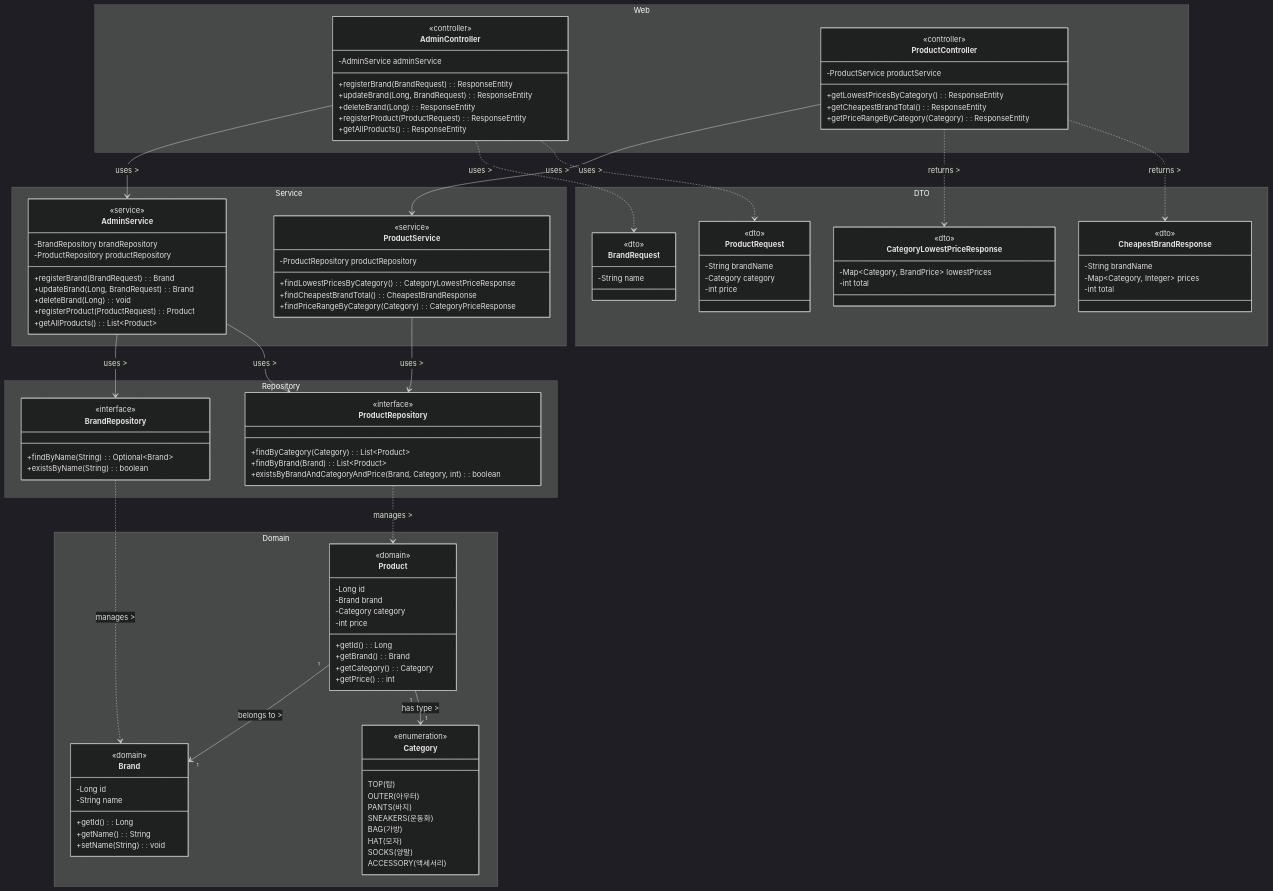
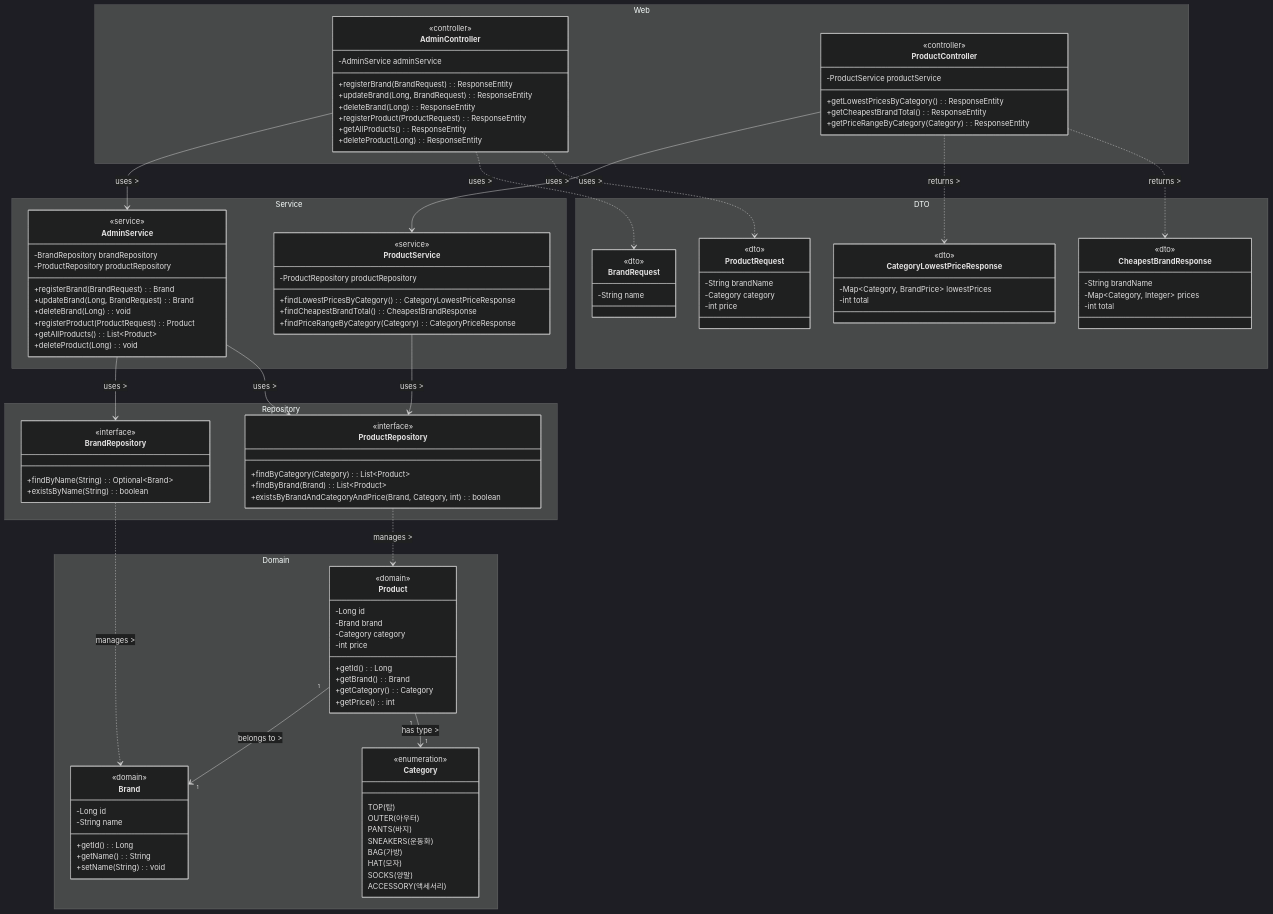
The second of 2 diagrams in README.md (yeokyeong-yoon/snap-influencer-api), drawn with Mermaid (dark theme) before and after one commit. The commit also changed other lines of this file and 7 other files, not shown here.

```diff
--- a/README.md
+++ b/README.md
@@ -138,6 +138,7 @@
             +deleteBrand(Long): ResponseEntity
             +registerProduct(ProductRequest): ResponseEntity
             +getAllProducts(): ResponseEntity
+            +deleteProduct(Long): ResponseEntity
         }
 
         class ProductController {
@@ -160,6 +161,7 @@
             +deleteBrand(Long): void
             +registerProduct(ProductRequest): Product
             +getAllProducts(): List~Product~
+            +deleteProduct(Long): void
         }
         
         class ProductService {
```
